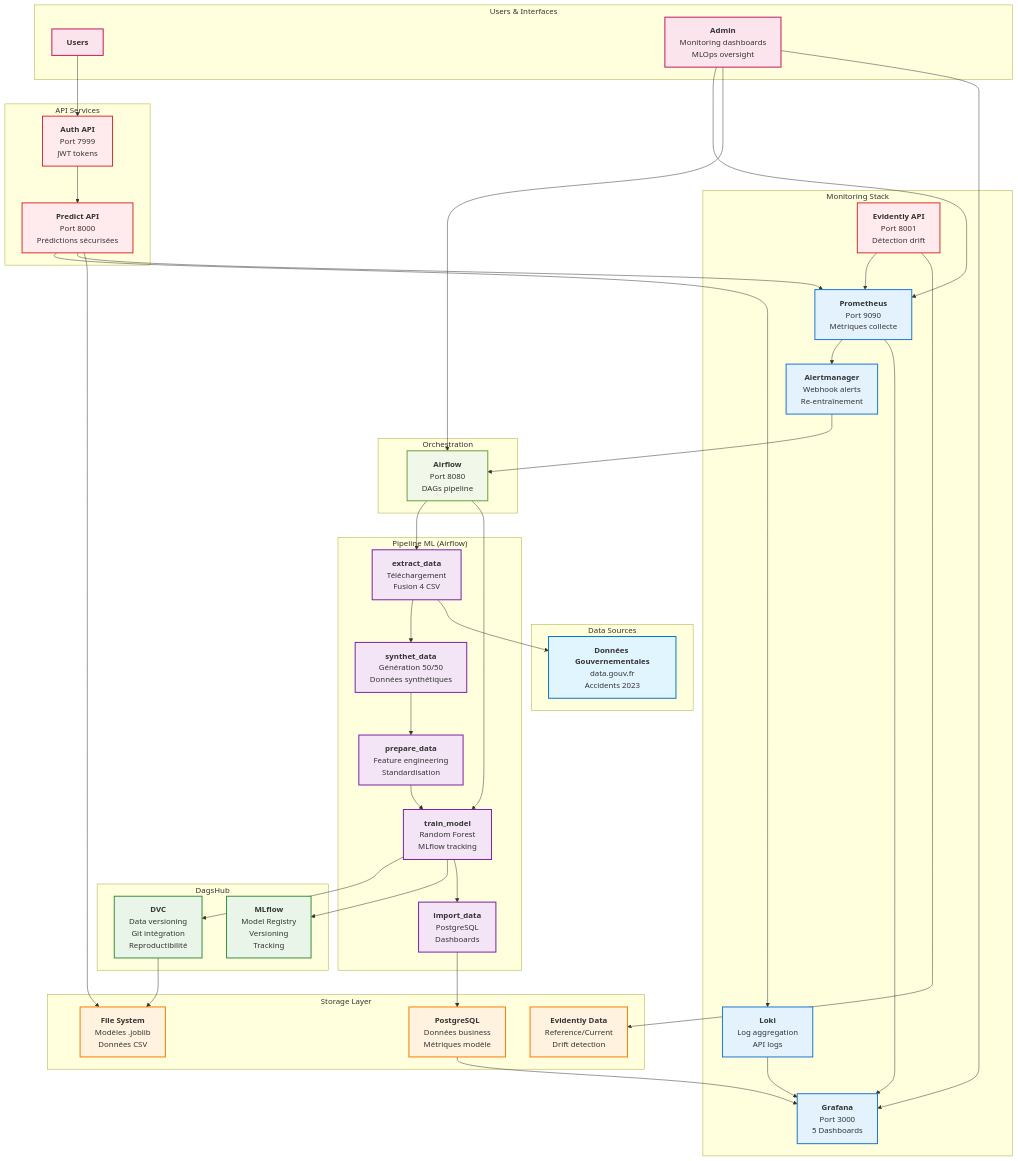
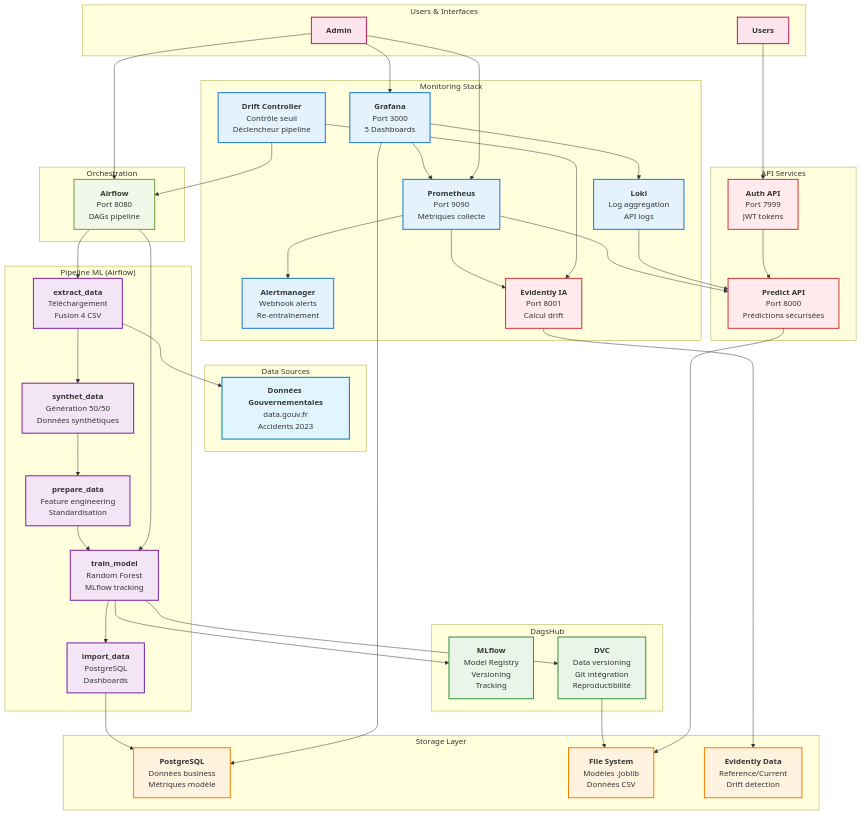
The diagram in images/architecture.md (mclpfr/mlops-road-accidents), drawn with Mermaid before and after one commit.

Commit message:
Update system architecture

````diff
--- a/images/architecture.md
+++ b/images/architecture.md
@@ -6,7 +6,6 @@
         data.gouv.fr
         Accidents 2023`"]
     end
-
     %% Couche Pipeline ML
     subgraph "Pipeline ML (Airflow)"
         EXTRACT["`**extract_data**
@@ -25,7 +24,6 @@
         PostgreSQL
         Dashboards`"]
     end
-
     %% Couche MLOps
     subgraph "DagsHub"
         MLFLOW["`**MLflow**
@@ -37,7 +35,6 @@
         Git intégration
         Reproductibilité`"]
     end
-
     %% Couche Storage
     subgraph "Storage Layer"
         POSTGRES["`**PostgreSQL**
@@ -50,7 +47,6 @@
         Reference/Current
         Drift detection`"]
     end
-
     %% Couche API
     subgraph "API Services"
         AUTH["`**Auth API**
@@ -60,7 +56,6 @@
         Port 8000
         Prédictions sécurisées`"]
     end
-
     %% Couche Monitoring
     subgraph "Monitoring Stack"
         PROMETHEUS["`**Prometheus**
@@ -75,26 +70,24 @@
         LOKI["`**Loki**
         Log aggregation
         API logs`"]
-        EVID_API["`**Evidently API**
+        EVID_API["`**Evidently IA**
         Port 8001
-        Détection drift`"]
+        Calcul drift`"]
+        DRIFT_CTRL["`**Drift Controller**
+        Contrôle seuil
+        Déclencheur pipeline`"]
     end
-
     %% Couche Orchestration
     subgraph "Orchestration"
         AIRFLOW["`**Airflow**
         Port 8080
         DAGs pipeline`"]
     end
-
     %% Couche Users
     subgraph "Users & Interfaces"
         USERS["`**Users**`"]
-        ADMIN["`**Admin**
-        Monitoring dashboards
-        MLOps oversight`"]
+        ADMIN["`**Admin**`"]
     end
-
     %% Flux de données
     EXTRACT --> GOV
     EXTRACT --> SYNTHETIC
@@ -102,39 +95,33 @@
     PREPARE --> TRAIN
     TRAIN --> IMPORT
     IMPORT --> POSTGRES
-
     %% MLOps connections
     TRAIN --> MLFLOW
     TRAIN --> DVC
     DVC --> FILES
-
     %% API flows
     USERS --> AUTH
     AUTH --> PREDICT
     PREDICT --> FILES
-    PREDICT --> PROMETHEUS
-
     %% Monitoring flows
-    PROMETHEUS --> GRAFANA
     PROMETHEUS --> ALERT
-    PREDICT --> LOKI
-    LOKI --> GRAFANA
-    POSTGRES --> GRAFANA
-
+    PROMETHEUS --> EVID_API
+    PROMETHEUS --> PREDICT
+    LOKI --> PREDICT
+    GRAFANA --> PROMETHEUS
+    GRAFANA --> LOKI
+    GRAFANA --> POSTGRES
     %% Drift detection
     EVID_API --> EVID_DATA
-    EVID_API --> PROMETHEUS
-    ALERT --> AIRFLOW
+    DRIFT_CTRL --> EVID_API
+    DRIFT_CTRL --> AIRFLOW
     AIRFLOW --> TRAIN
-
     %% Orchestration
     AIRFLOW --> EXTRACT
-
     %% Admin access
     ADMIN --> GRAFANA
     ADMIN --> AIRFLOW
     ADMIN --> PROMETHEUS
-
     %% Styling
     classDef dataSource fill:#e1f5fe,stroke:#0277bd,stroke-width:2px
     classDef pipeline fill:#f3e5f5,stroke:#7b1fa2,stroke-width:2px
@@ -144,13 +131,12 @@
     classDef monitoring fill:#e3f2fd,stroke:#1976d2,stroke-width:2px
     classDef orchestration fill:#f1f8e9,stroke:#689f38,stroke-width:2px
     classDef users fill:#fce4ec,stroke:#c2185b,stroke-width:2px
-
     class GOV dataSource
     class EXTRACT,SYNTHETIC,PREPARE,TRAIN,IMPORT pipeline
-    class MLFLOW,DVC,DAGSHUB mlops
+    class MLFLOW,DVC mlops
     class POSTGRES,FILES,EVID_DATA storage
     class AUTH,PREDICT,EVID_API api
-    class PROMETHEUS,GRAFANA,ALERT,LOKI monitoring
-    class AIRFLOW,SCHEDULER orchestration
+    class PROMETHEUS,GRAFANA,ALERT,LOKI,DRIFT_CTRL monitoring
+    class AIRFLOW orchestration
     class USERS,ADMIN users
 ```
````
